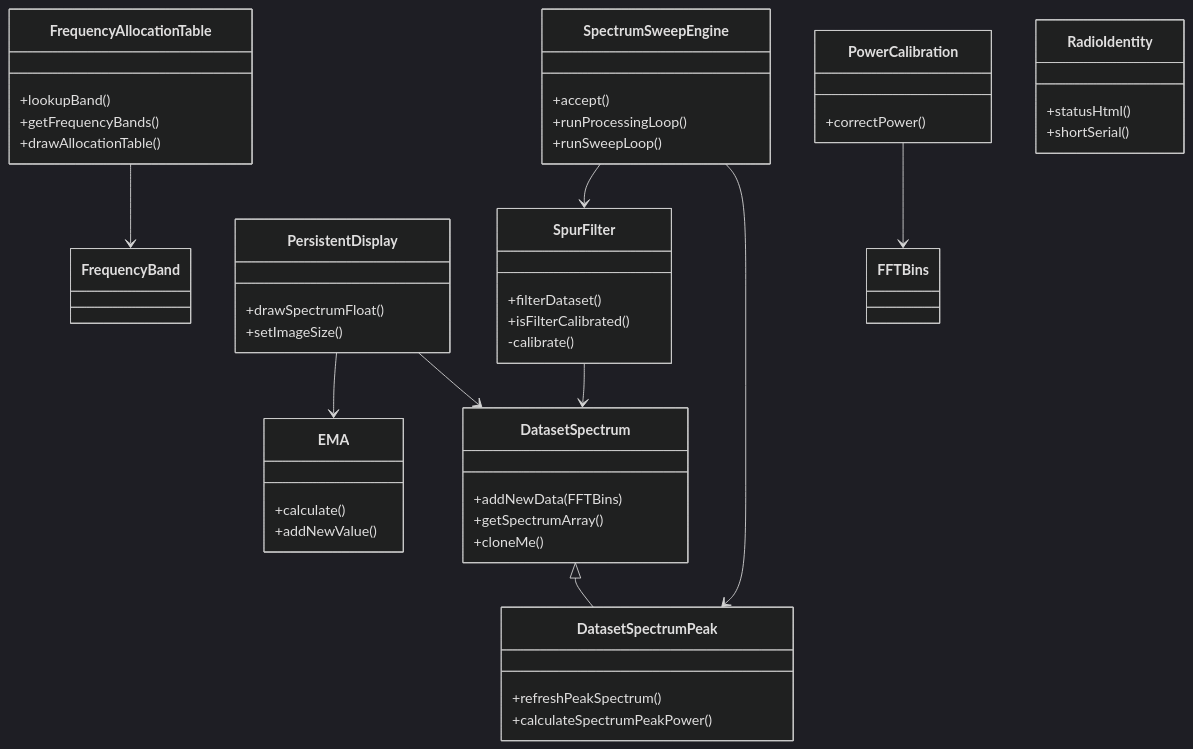
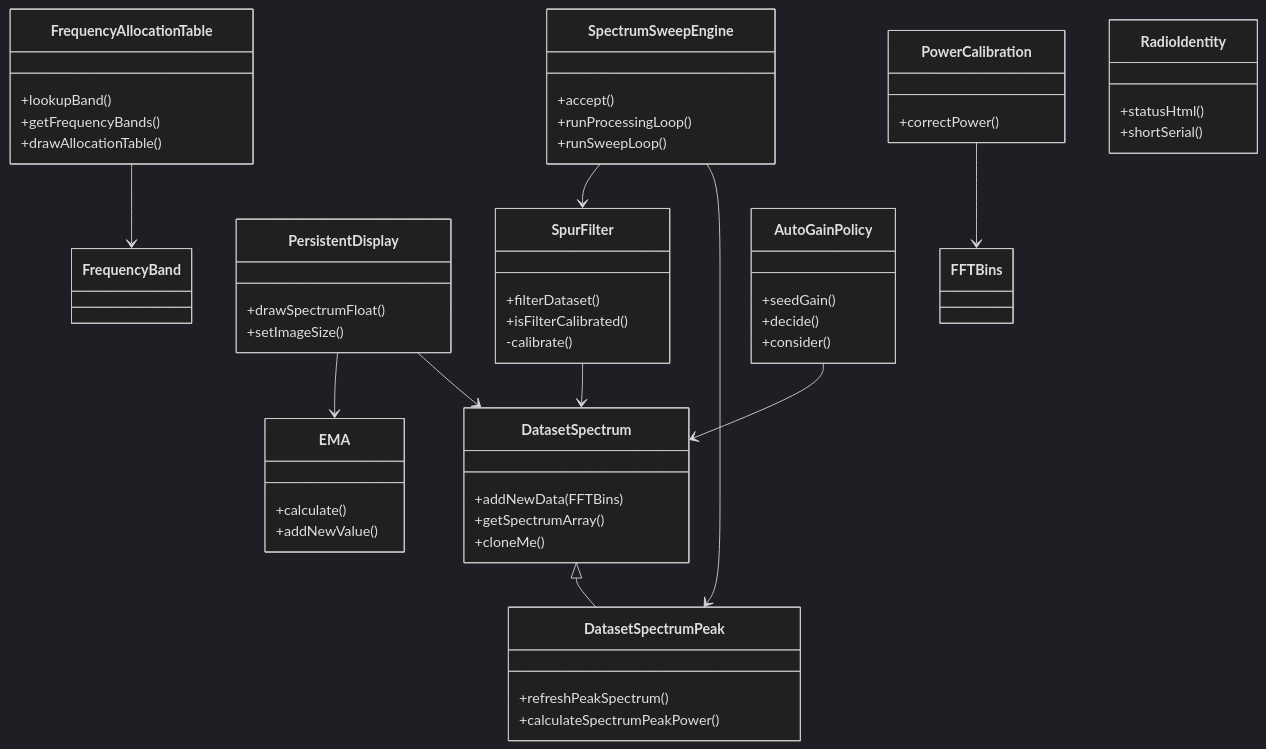
One commit to chris-piekarski/hackrf-spectrum-analyzer changed the third of 5 diagrams in docs/architecture.md. Above: the diagram before and after it, drawn with Mermaid (dark theme). The commit also changed other lines of this file and 9 other files, not shown here.

````diff
--- a/docs/architecture.md
+++ b/docs/architecture.md
@@ -88,53 +98,59 @@
 ```mermaid
 classDiagram
     class DatasetSpectrum {
         +addNewData(FFTBins)
         +getSpectrumArray()
         +cloneMe()
     }
     class DatasetSpectrumPeak {
         +refreshPeakSpectrum()
         +calculateSpectrumPeakPower()
     }
     class SpurFilter {
         +filterDataset()
         +isFilterCalibrated()
         -calibrate()
     }
     class PersistentDisplay {
         +drawSpectrumFloat()
         +setImageSize()
     }
     class EMA {
         +calculate()
         +addNewValue()
     }
     class PowerCalibration {
         +correctPower()
     }
     class FrequencyAllocationTable {
         +lookupBand()
         +getFrequencyBands()
         +drawAllocationTable()
     }
     class FrequencyBand
     class FFTBins
+    class AutoGainPolicy {
+        +seedGain()
+        +decide()
+        +consider()
+    }
     class SpectrumSweepEngine {
         +accept()
         +runProcessingLoop()
         +runSweepLoop()
     }
     class RadioIdentity {
         +statusHtml()
         +shortSerial()
     }
 
     DatasetSpectrum <|-- DatasetSpectrumPeak
     SpurFilter --> DatasetSpectrum
     PersistentDisplay --> DatasetSpectrum
     PersistentDisplay --> EMA
     PowerCalibration --> FFTBins
     FrequencyAllocationTable --> FrequencyBand
     SpectrumSweepEngine --> DatasetSpectrumPeak
     SpectrumSweepEngine --> SpurFilter
+    AutoGainPolicy --> DatasetSpectrum
 ```
````
